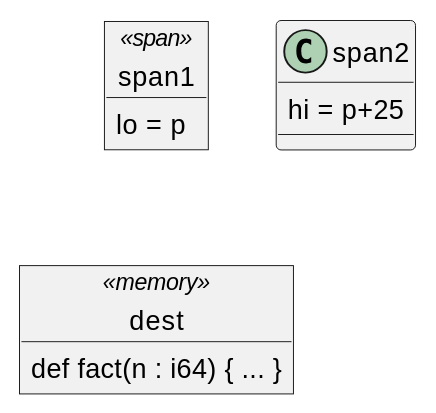
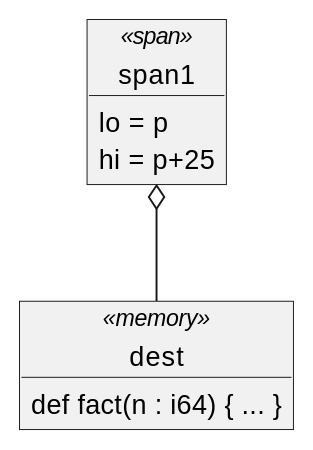
One commit to Rconybea/xo-umbrella2 changed the diagram in xo-tokenizer/docs/span-class.rst. Above: the diagram before and after it, drawn with PlantUML. The commit also changed other lines of this file and 10 other files, not shown here.

```diff
--- a/xo-tokenizer/docs/span-class.rst
+++ b/xo-tokenizer/docs/span-class.rst
@@ -29,12 +31,14 @@
 .. uml::
     :scale: 99%
     :align: center
 
     allowmixing
 
     object span1<<span>>
     span1 : lo = p
-    span2 : hi = p+25
+    span1 : hi = p+25
 
     object dest<<memory>>
     dest : def fact(n : i64) { ... }
+
+    span1 o-- dest
```
